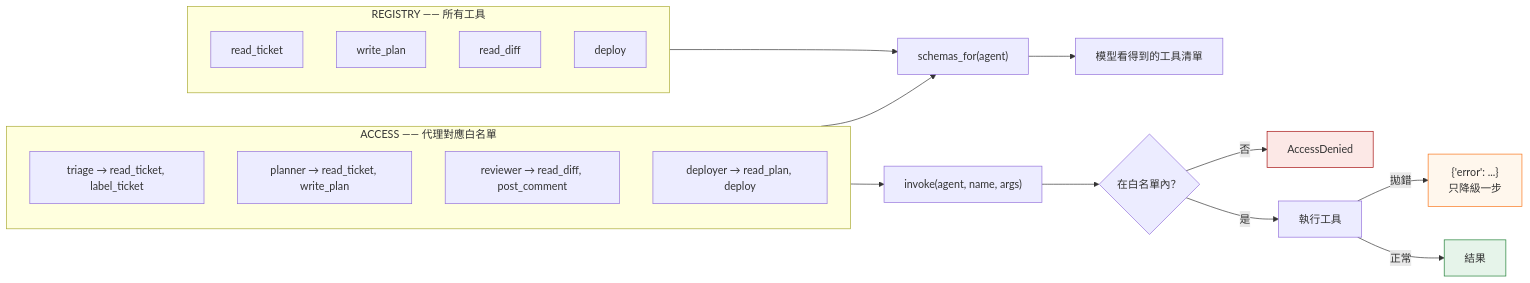
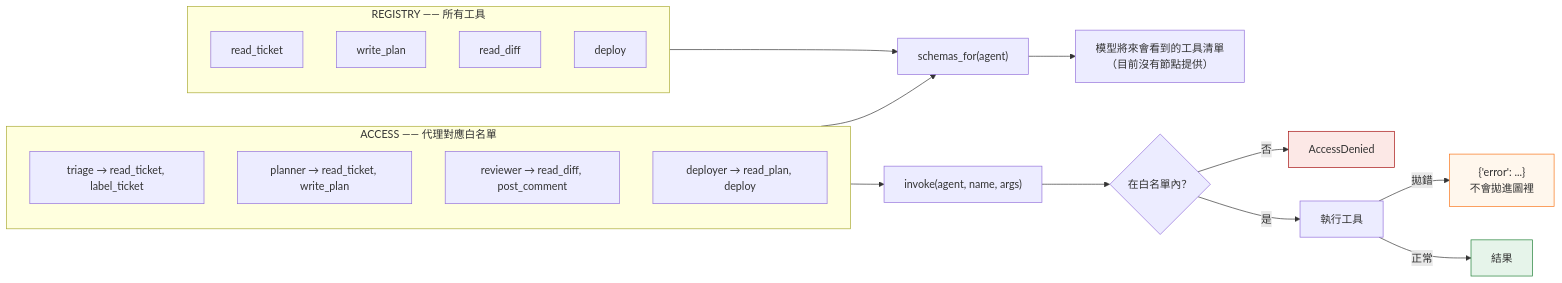
One commit to qaz1996001/agent-control-plane changed the second of 4 diagrams in docs/design.zh-TW.md. Above: the diagram before and after it, drawn with Mermaid. The commit also changed other lines of this file and 7 other files, not shown here.

````diff
--- a/docs/design.zh-TW.md
+++ b/docs/design.zh-TW.md
@@ -52,33 +52,33 @@
 ```mermaid
 flowchart LR
     subgraph reg["REGISTRY —— 所有工具"]
         direction TB
         T1["read_ticket"]
         T2["write_plan"]
         T3["read_diff"]
         T4["deploy"]
     end
 
     subgraph acc["ACCESS —— 代理對應白名單"]
         direction TB
         P1["triage → read_ticket, label_ticket"]
         P2["planner → read_ticket, write_plan"]
         P3["reviewer → read_diff, post_comment"]
         P4["deployer → read_plan, deploy"]
     end
 
     reg --> S["schemas_for(agent)"]
     acc --> S
     acc --> I["invoke(agent, name, args)"]
 
-    S --> M["模型看得到的工具清單"]
+    S --> M["模型將來會看到的工具清單<br/>（目前沒有節點提供）"]
     I --> K{"在白名單內？"}
     K -->|否| DEN["AccessDenied"]
     K -->|是| RUN["執行工具"]
-    RUN -->|拋錯| ERR["{'error': ...}<br/>只降級一步"]
+    RUN -->|拋錯| ERR["{'error': ...}<br/>不會拋進圖裡"]
     RUN -->|正常| OK["結果"]
 
     style DEN fill:#fce8e6,stroke:#a50e0e
     style ERR fill:#fff7ed,stroke:#f97316
     style OK fill:#e6f4ea,stroke:#1e7e34
 ```
````
